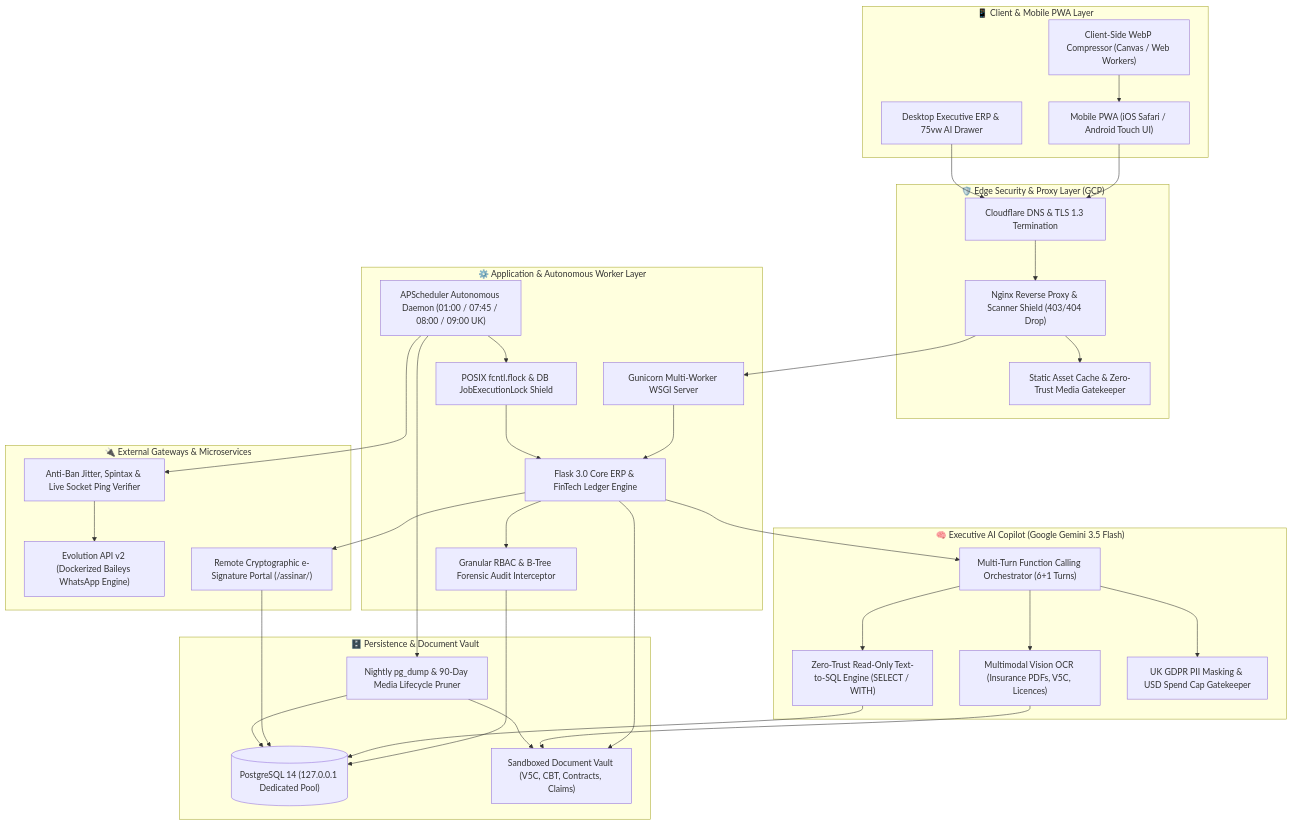
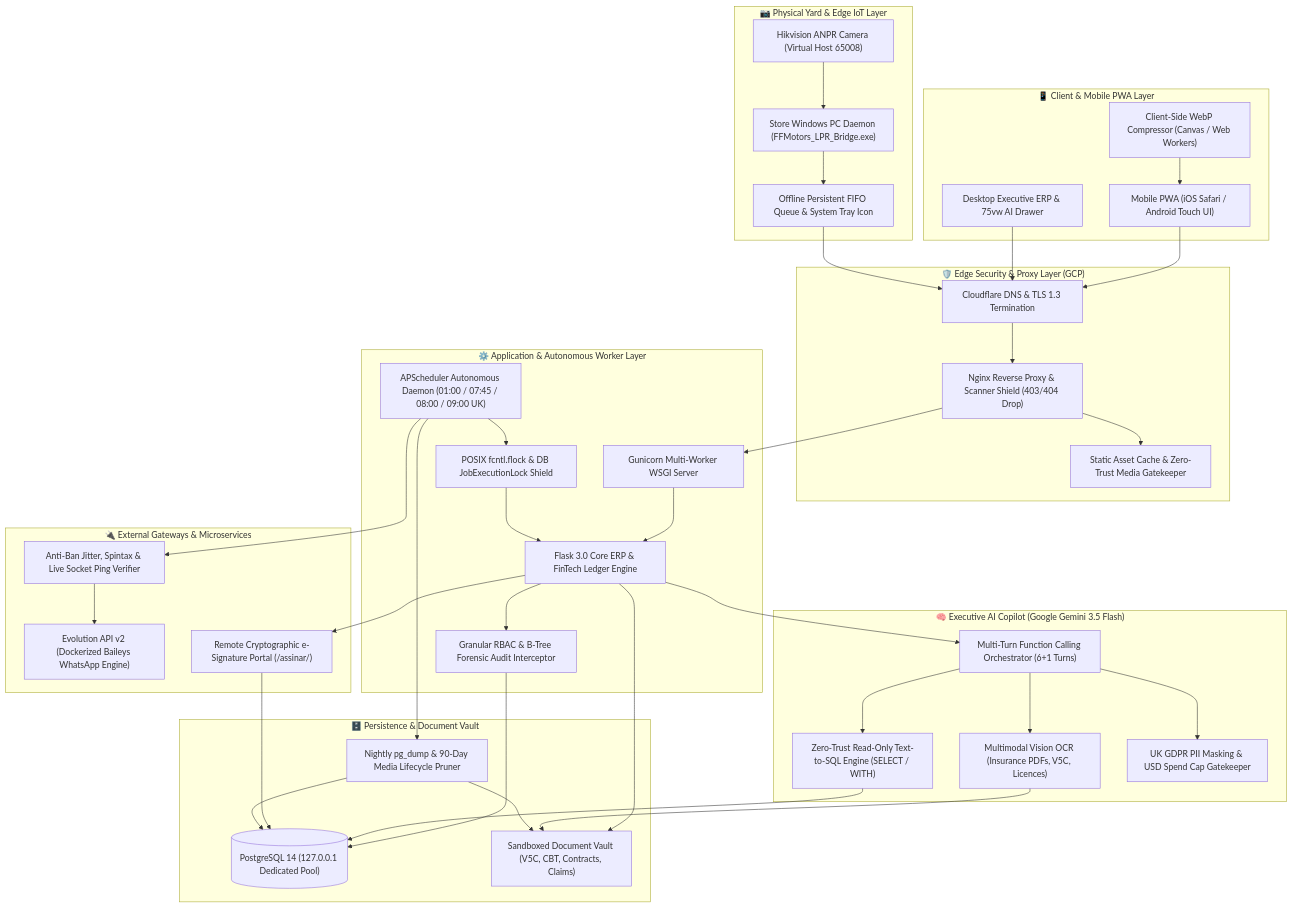
Before and after one commit to tmuniz570/enterprise-fleet-management-showcase: the first of 4 diagrams in README.md, drawn with Mermaid. The commit also changed other lines of this file, not shown here.

Commit message:
docs(showcase): add real-time edge ANPR gatekeeper case study [v1.9.119]

````diff
--- a/README.md
+++ b/README.md
@@ -47,55 +48,62 @@
 ```mermaid
 flowchart TD
     subgraph ClientLayer ["📱 Client & Mobile PWA Layer"]
         A1["Mobile PWA (iOS Safari / Android Touch UI)"]
         A2["Desktop Executive ERP & 75vw AI Drawer"]
         A3["Client-Side WebP Compressor (Canvas / Web Workers)"]
+    end
+
+    subgraph EdgeIoT ["📷 Physical Yard & Edge IoT Layer"]
+        F1["Hikvision ANPR Camera (Virtual Host 65008)"]
+        F2["Store Windows PC Daemon (FFMotors_LPR_Bridge.exe)"]
+        F3["Offline Persistent FIFO Queue & System Tray Icon"]
     end
 
     subgraph EdgeLayer ["🛡️ Edge Security & Proxy Layer (GCP)"]
         B1["Cloudflare DNS & TLS 1.3 Termination"]
         B2["Nginx Reverse Proxy & Scanner Shield (403/404 Drop)"]
         B3["Static Asset Cache & Zero-Trust Media Gatekeeper"]
     end
 
     subgraph AppLayer ["⚙️ Application & Autonomous Worker Layer"]
         C1["Gunicorn Multi-Worker WSGI Server"]
         C2["Flask 3.0 Core ERP & FinTech Ledger Engine"]
         C3["APScheduler Autonomous Daemon (01:00 / 07:45 / 08:00 / 09:00 UK)"]
         C4["POSIX fcntl.flock & DB JobExecutionLock Shield"]
         C5["Granular RBAC & B-Tree Forensic Audit Interceptor"]
     end
 
     subgraph AILayer ["🧠 Executive AI Copilot (Google Gemini 3.5 Flash)"]
         G1["Multi-Turn Function Calling Orchestrator (6+1 Turns)"]
         G2["Zero-Trust Read-Only Text-to-SQL Engine (SELECT / WITH)"]
         G3["Multimodal Vision OCR (Insurance PDFs, V5C, Licences)"]
         G4["UK GDPR PII Masking & USD Spend Cap Gatekeeper"]
     end
 
     subgraph AsyncServices ["🔌 External Gateways & Microservices"]
         D1["Evolution API v2 (Dockerized Baileys WhatsApp Engine)"]
         D2["Anti-Ban Jitter, Spintax & Live Socket Ping Verifier"]
         D3["Remote Cryptographic e-Signature Portal (/assinar/<token>)"]
     end
 
     subgraph StorageLayer ["🗄️ Persistence & Document Vault"]
         E1[("PostgreSQL 14 (127.0.0.1 Dedicated Pool)")]
         E2["Sandboxed Document Vault (V5C, CBT, Contracts, Claims)"]
         E3["Nightly pg_dump & 90-Day Media Lifecycle Pruner"]
     end
 
     A3 --> A1
-    A1 & A2 --> B1 --> B2 --> C1 --> C2
+    A1 & A2 --> B1
+    F1 --> F2 --> F3 --> B1 --> B2 --> C1 --> C2
     B2 --> B3
     C2 --> C5 --> E1
     C2 --> E2
     C3 --> C4 --> C2
     C2 --> G1
     G1 --> G2 & G3 & G4
     G2 --> E1
     G3 --> E2
     C3 --> D2 --> D1
     C2 --> D3 --> E1
     C3 --> E3 --> E1 & E2
 ```
````
